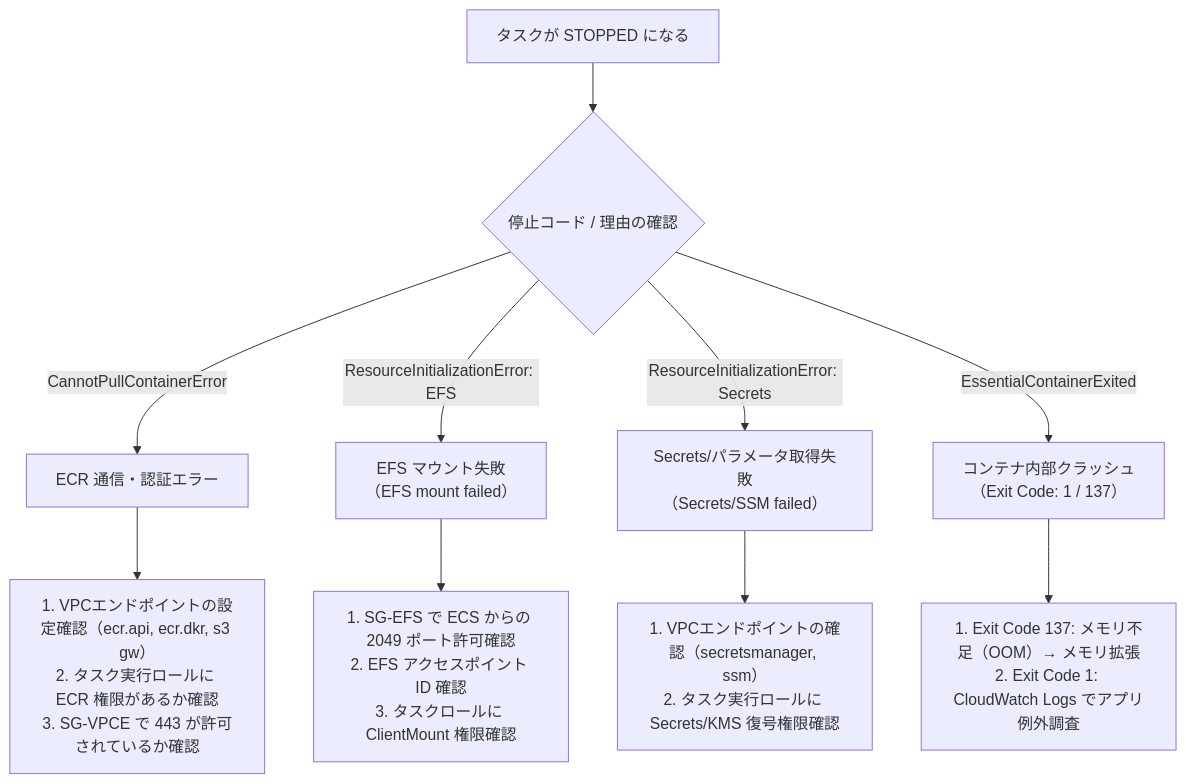
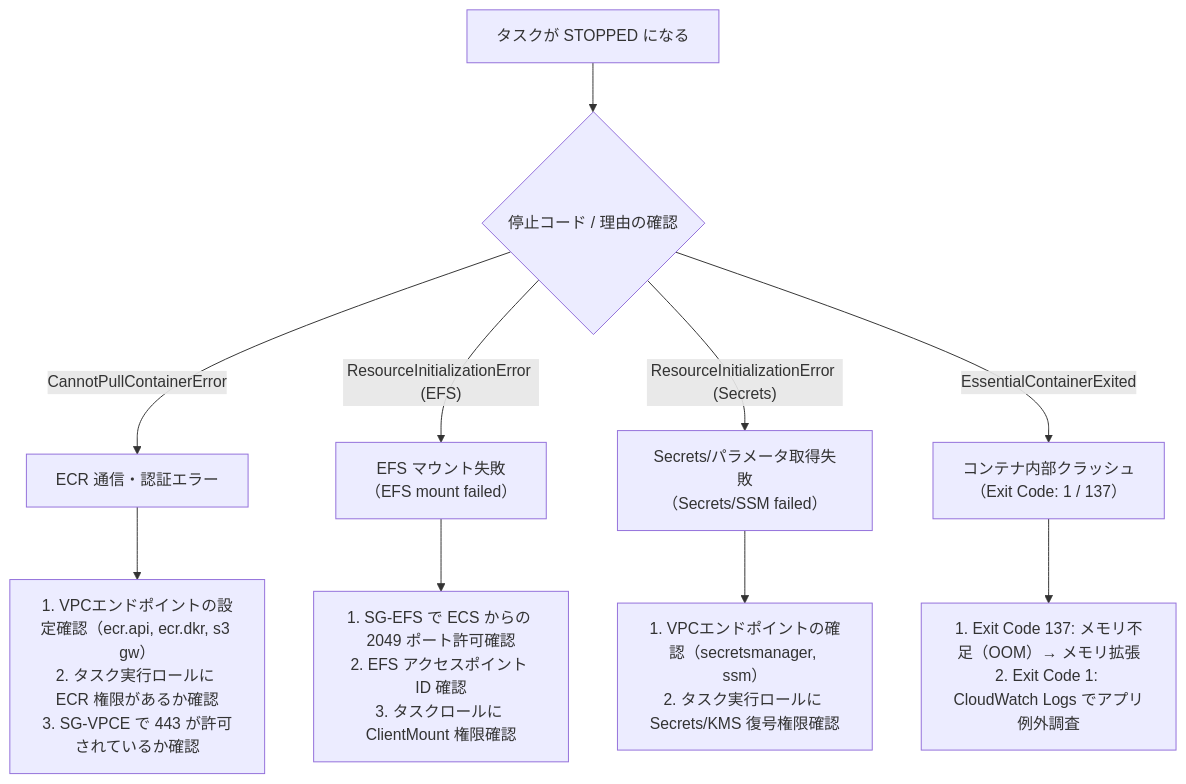
One commit to hide104y/markdown changed diagram 17 of 17 in AWS：ECS.md. Above: the diagram before and after it, drawn with Mermaid. The commit also changed other lines of this file, not shown here.

Commit message:
GitHubのMermaidパーサーとの互換性考慮（その２）

````diff
--- a/AWS：ECS.md
+++ b/AWS：ECS.md
@@ -1915,16 +1919,16 @@
 ```mermaid
 flowchart TD
     Start["タスクが STOPPED になる"] --> CheckCode{"停止コード / 理由の確認"}
     
-    CheckCode -->|CannotPullContainerError| ECR_Issue["ECR 通信・認証エラー"]
+    CheckCode -->|"CannotPullContainerError"| ECR_Issue["ECR 通信・認証エラー"]
     ECR_Issue --> Fix_ECR["1. VPCエンドポイントの設定確認（ecr.api, ecr.dkr, s3 gw）<br>2. タスク実行ロールに ECR 権限があるか確認<br>3. SG-VPCE で 443 が許可されているか確認"]
 
-    CheckCode -->|ResourceInitializationError: EFS| EFS_Issue["EFS マウント失敗<br>（EFS mount failed）"]
+    CheckCode -->|"ResourceInitializationError (EFS)"| EFS_Issue["EFS マウント失敗<br>（EFS mount failed）"]
     EFS_Issue --> Fix_EFS["1. SG-EFS で ECS からの 2049 ポート許可確認<br>2. EFS アクセスポイント ID 確認<br>3. タスクロールに ClientMount 権限確認"]
 
-    CheckCode -->|ResourceInitializationError: Secrets| Sec_Issue["Secrets/パラメータ取得失敗<br>（Secrets/SSM failed）"]
+    CheckCode -->|"ResourceInitializationError (Secrets)"| Sec_Issue["Secrets/パラメータ取得失敗<br>（Secrets/SSM failed）"]
     Sec_Issue --> Fix_Sec["1. VPCエンドポイントの確認（secretsmanager, ssm）<br>2. タスク実行ロールに Secrets/KMS 復号権限確認"]
 
-    CheckCode -->|EssentialContainerExited| App_Issue["コンテナ内部クラッシュ<br>（Exit Code: 1 / 137）"]
+    CheckCode -->|"EssentialContainerExited"| App_Issue["コンテナ内部クラッシュ<br>（Exit Code: 1 / 137）"]
     App_Issue --> Fix_App["1. Exit Code 137: メモリ不足（OOM）→ メモリ拡張<br>2. Exit Code 1: CloudWatch Logs でアプリ例外調査"]
 ```
````
